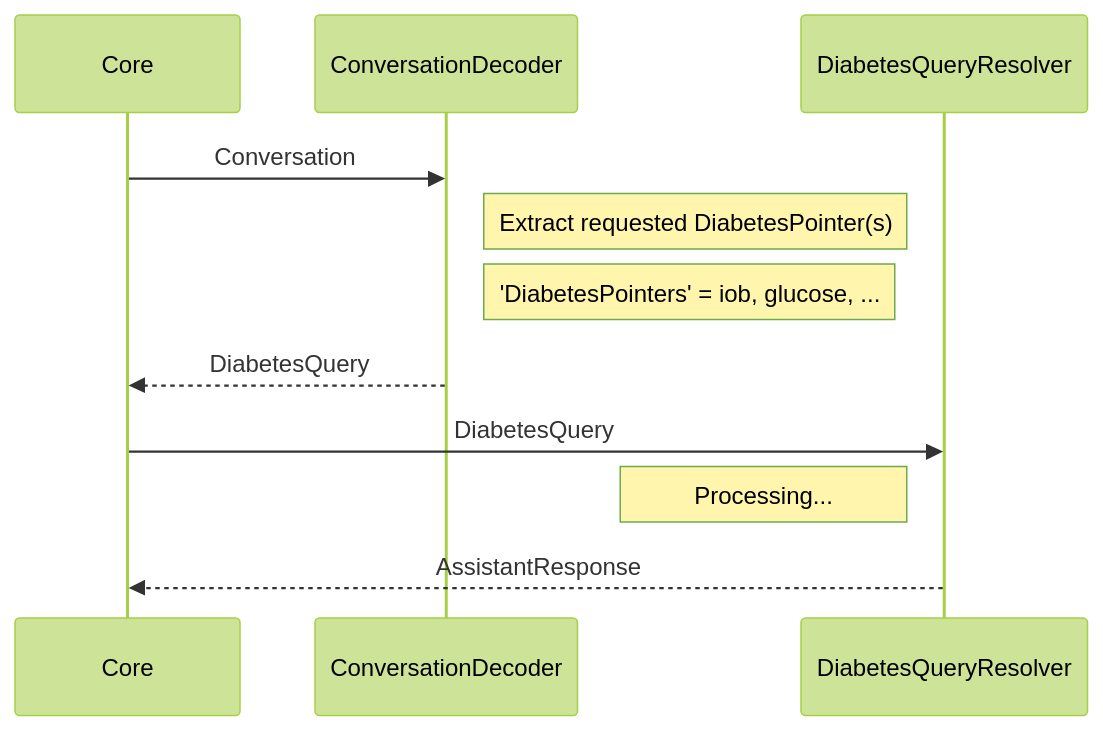
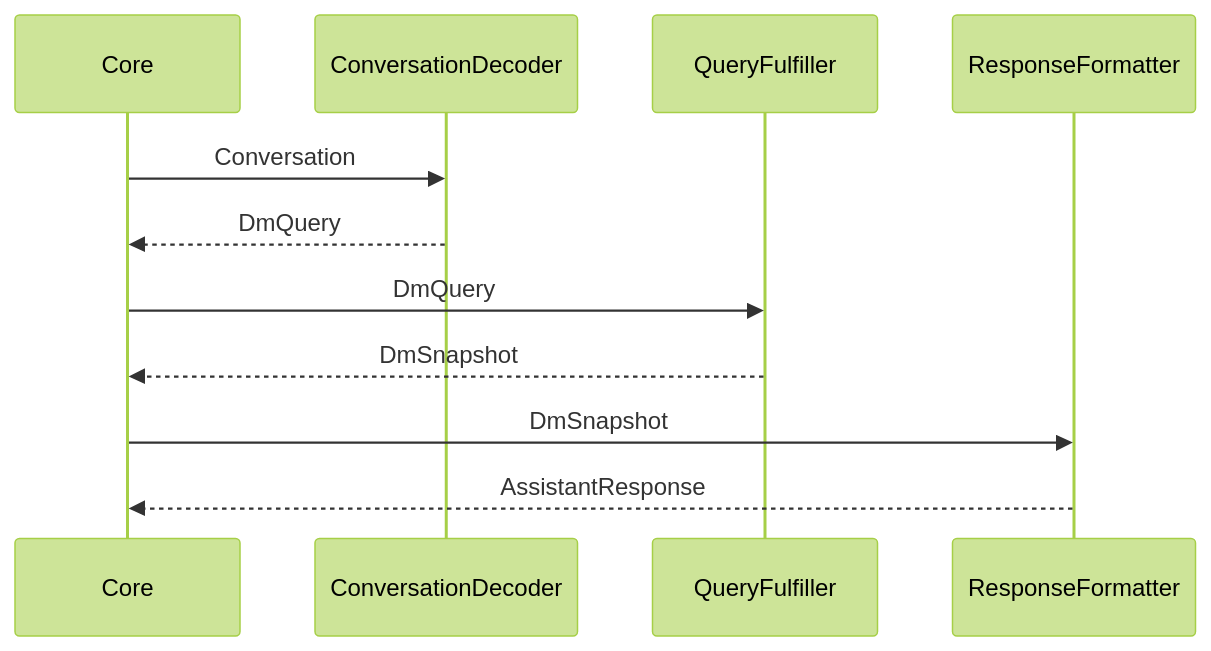
The second of 3 diagrams in CONTRIBUTING.md (nielsmaerten/gluco-check), drawn with Mermaid (forest theme) before and after one commit. The commit also changed other lines of this file, not shown here.

````diff
--- a/CONTRIBUTING.md
+++ b/CONTRIBUTING.md
@@ -104,10 +146,9 @@
 ```mermaid
 sequenceDiagram
 Core->>ConversationDecoder: Conversation
-Note right of ConversationDecoder: Extract requested DiabetesPointer(s)
-Note right of ConversationDecoder: 'DiabetesPointers' = iob, glucose, ...
-ConversationDecoder-->>Core: DiabetesQuery
-Core->>DiabetesQueryResolver: DiabetesQuery
-Note left of DiabetesQueryResolver: Processing...
-DiabetesQueryResolver-->>Core: AssistantResponse
+ConversationDecoder-->>Core: DmQuery
+Core->>QueryFulfiller: DmQuery
+QueryFulfiller-->>Core: DmSnapshot
+Core->>ResponseFormatter: DmSnapshot
+ResponseFormatter-->>Core: AssistantResponse
 ```
````
